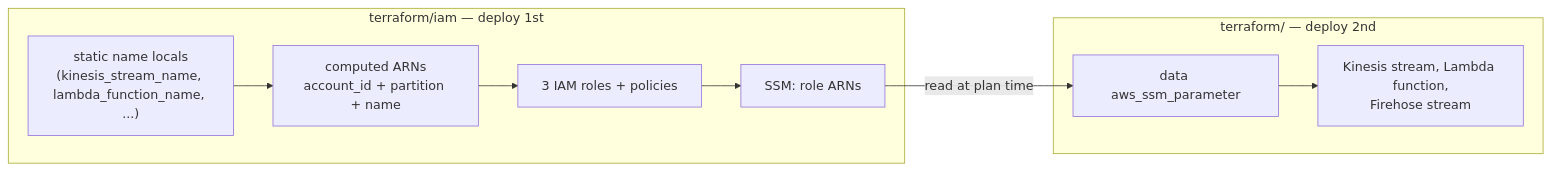
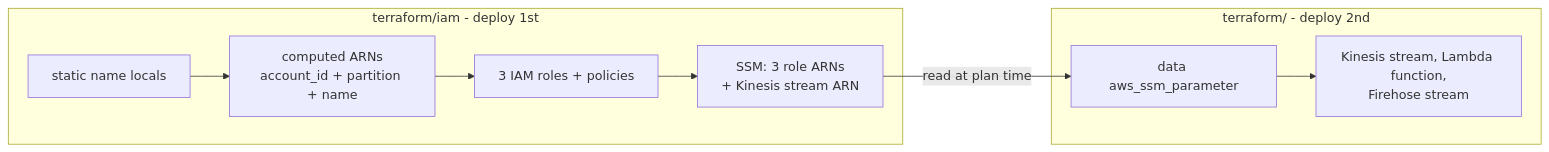
One commit to NASA-PDS/o11y-cloudfront-streaming changed the diagram in terraform/README.md. Above: the diagram before and after it, drawn with Mermaid. The commit also changed other lines of this file and 5 other files, not shown here.

First line of the commit message:
Scrub streaming docs: dedupe with runbook, fix diagrams and stale statements

````diff
--- a/terraform/README.md
+++ b/terraform/README.md
@@ -28,18 +29,18 @@
 ```mermaid
 flowchart LR
-    subgraph iam["terraform/iam — deploy 1st"]
-        NAMES["static name locals\n(kinesis_stream_name, lambda_function_name, ...)"]
+    subgraph iam["terraform/iam - deploy 1st"]
+        NAMES["static name locals"]
         COMPUTE["computed ARNs\naccount_id + partition + name"]
         ROLES["3 IAM roles + policies"]
-        NAMES --> COMPUTE --> ROLES
-        ROLES --> PUB["SSM: role ARNs"]
+        PUB["SSM: 3 role ARNs\n+ Kinesis stream ARN"]
+        NAMES --> COMPUTE --> ROLES --> PUB
     end
 
-    subgraph main["terraform/ — deploy 2nd"]
+    subgraph main["terraform/ - deploy 2nd"]
         SUB["data aws_ssm_parameter"]
         RES["Kinesis stream, Lambda function,\nFirehose stream"]
         SUB --> RES
     end
 
     PUB -->|"read at plan time"| SUB
 ```
````
